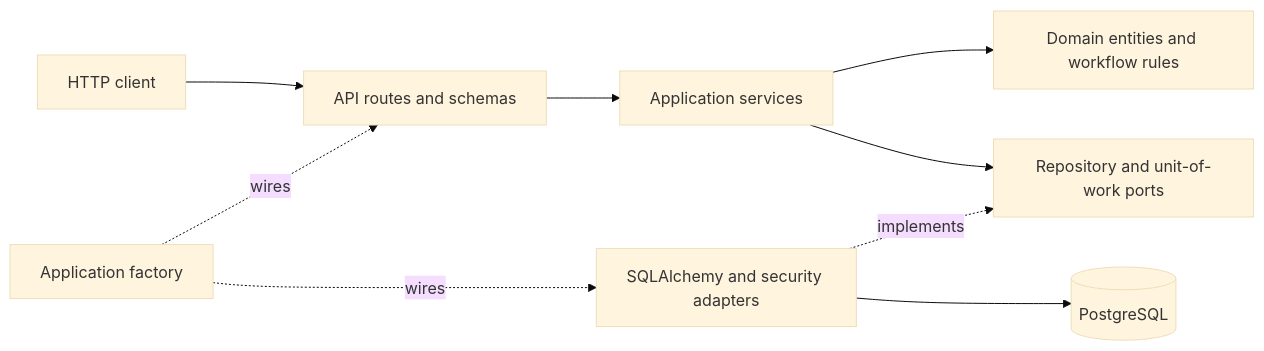
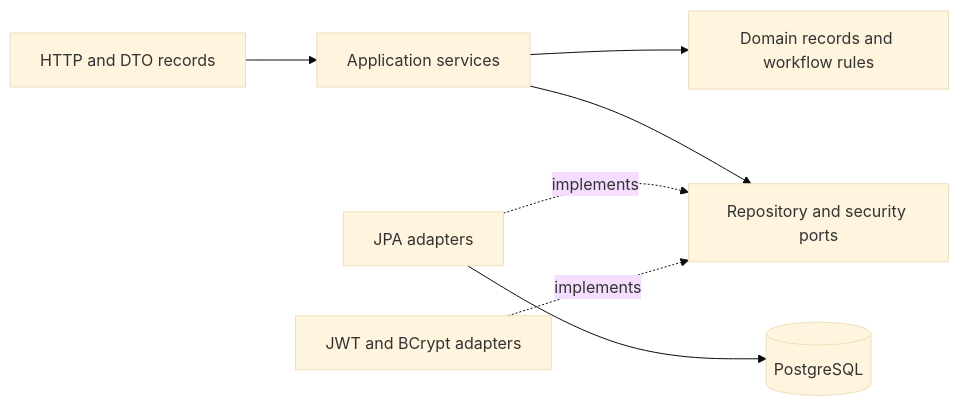
The first of 2 diagrams in README.md (kinghouse12-wq/backend), drawn with Mermaid (base theme) before and after one commit. The commit also changed other lines of this file and 93 other files, not shown here.

````diff
--- a/README.md
+++ b/README.md
@@ -33,11 +34,9 @@
 ```mermaid
 flowchart LR
-    Client[HTTP client] --> API[API routes and schemas]
-    API --> APP[Application services]
-    APP --> DOMAIN[Domain entities and workflow rules]
-    APP --> PORTS[Repository and unit-of-work ports]
-    INFRA[SQLAlchemy and security adapters] -. implements .-> PORTS
-    INFRA --> DB[(PostgreSQL)]
-    ROOT[Application factory] -. wires .-> API
-    ROOT -. wires .-> INFRA
+    HTTP[HTTP and DTO records] --> SERVICE[Application services]
+    SERVICE --> DOMAIN[Domain records and workflow rules]
+    SERVICE --> PORTS[Repository and security ports]
+    JPA[JPA adapters] -. implements .-> PORTS
+    JPA --> PG[(PostgreSQL)]
+    SECURITY[JWT and BCrypt adapters] -. implements .-> PORTS
 ```
````
